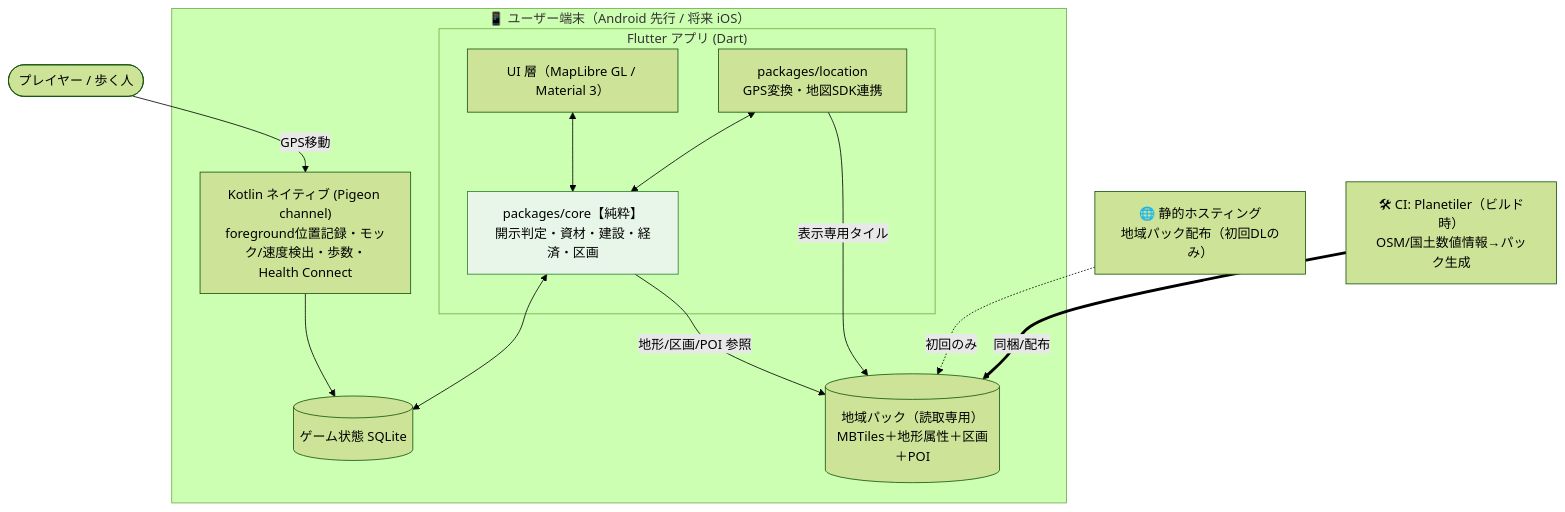
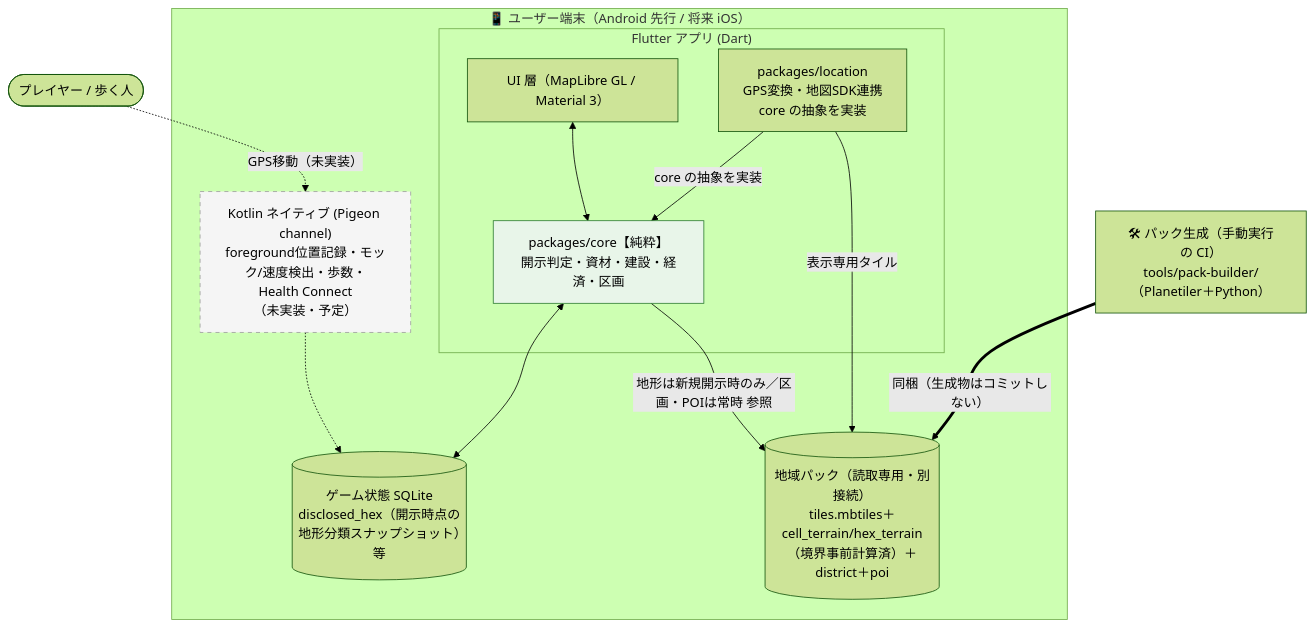
One commit to rokusoudo-product/terra-town changed the diagram in README.md. Above: the diagram before and after it, drawn with Mermaid (forest theme). The commit also changed other lines of this file and 1 other file, not shown here.

Commit message:
docs: architecture.md/README の構成図をMVP実態(パック同梱・通信ゼロ)に同期する (#119) (#120)
MVPの外部通信がゼロであること・存在しないmesh_terrainの除去・開示時点スナップショット/フォグfeature-state/ヘクス境界事前計算の反映・拡張フェーズCDNの分離を行った。Closes #119

````diff
--- a/README.md
+++ b/README.md
@@ -33,31 +33,31 @@
 ```mermaid
 flowchart TB
     user([プレイヤー / 歩く人])
 
     subgraph device["📱 ユーザー端末（Android 先行 / 将来 iOS）"]
         subgraph flutter["Flutter アプリ (Dart)"]
             ui["UI 層（MapLibre GL / Material 3）"]
             core["packages/core【純粋】<br/>開示判定・資材・建設・経済・区画"]
-            loc["packages/location<br/>GPS変換・地図SDK連携"]
+            loc["packages/location<br/>GPS変換・地図SDK連携<br/>core の抽象を実装"]
         end
-        native["Kotlin ネイティブ (Pigeon channel)<br/>foreground位置記録・モック/速度検出・歩数・Health Connect"]
-        gamedb[("ゲーム状態 SQLite")]
-        pack[("地域パック（読取専用）<br/>MBTiles＋地形属性＋区画＋POI")]
+        native["Kotlin ネイティブ (Pigeon channel)<br/>foreground位置記録・モック/速度検出・歩数・Health Connect<br/>（未実装・予定）"]
+        gamedb[("ゲーム状態 SQLite<br/>disclosed_hex（開示時点の地形分類スナップショット）等")]
+        pack[("地域パック（読取専用・別接続）<br/>tiles.mbtiles＋cell_terrain/hex_terrain（境界事前計算済）＋district＋poi")]
     end
 
-    cdn["🌐 静的ホスティング<br/>地域パック配布（初回DLのみ）"]
-    ci["🛠 CI: Planetiler（ビルド時）<br/>OSM/国土数値情報→パック生成"]
+    ci["🛠 パック生成（手動実行の CI）<br/>tools/pack-builder/（Planetiler＋Python）"]
 
-    user -->|GPS移動| native
-    native --> gamedb
+    user -.GPS移動（未実装）.-> native
+    native -.-> gamedb
     ui <--> core
-    loc <--> core
+    loc -->|core の抽象を実装| core
     core <--> gamedb
-    core -->|地形/区画/POI 参照| pack
+    core -->|地形は新規開示時のみ／区画・POIは常時 参照| pack
     loc -->|表示専用タイル| pack
-    cdn -.初回のみ.-> pack
-    ci ==>|同梱/配布| pack
+    ci ==>|同梱（生成物はコミットしない）| pack
 
     classDef pure fill:#e8f5e9,stroke:#2e7d32;
+    classDef planned stroke-dasharray: 5 5,fill:#f5f5f5,stroke:#9e9e9e;
     class core pure
+    class native planned
 ```
````
